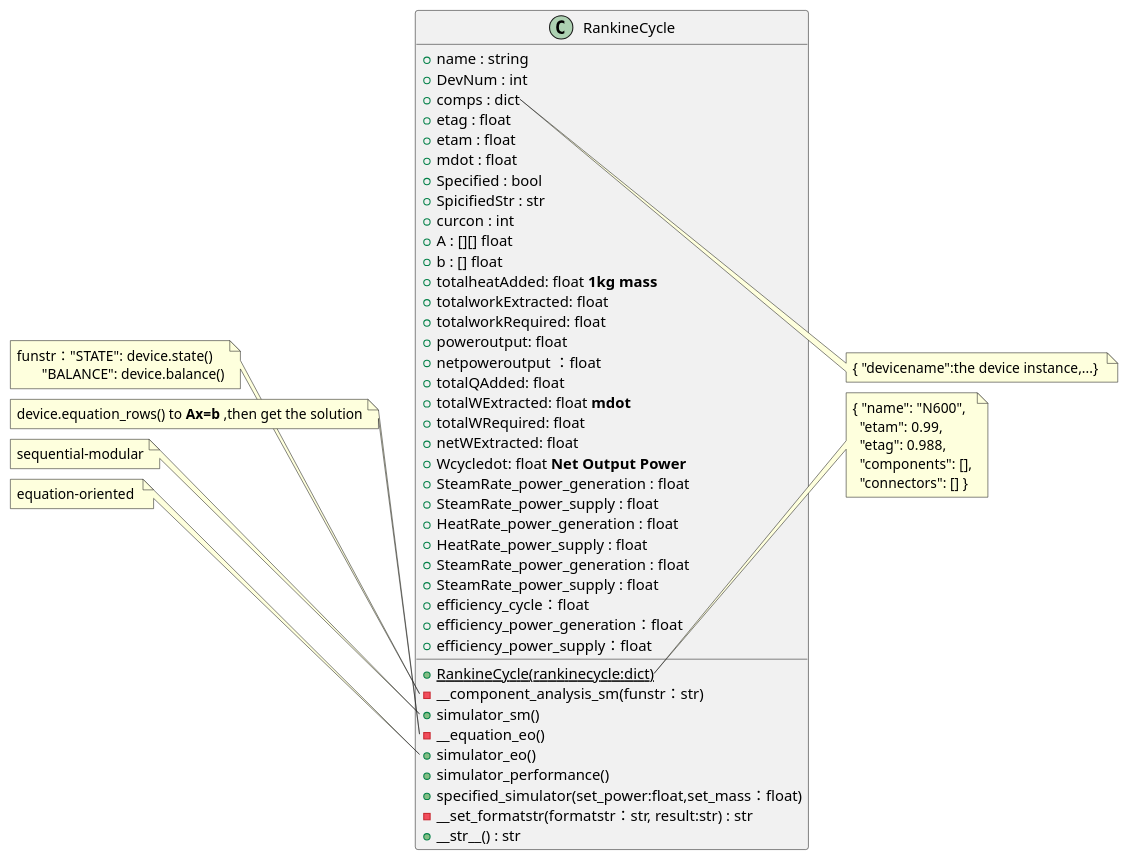
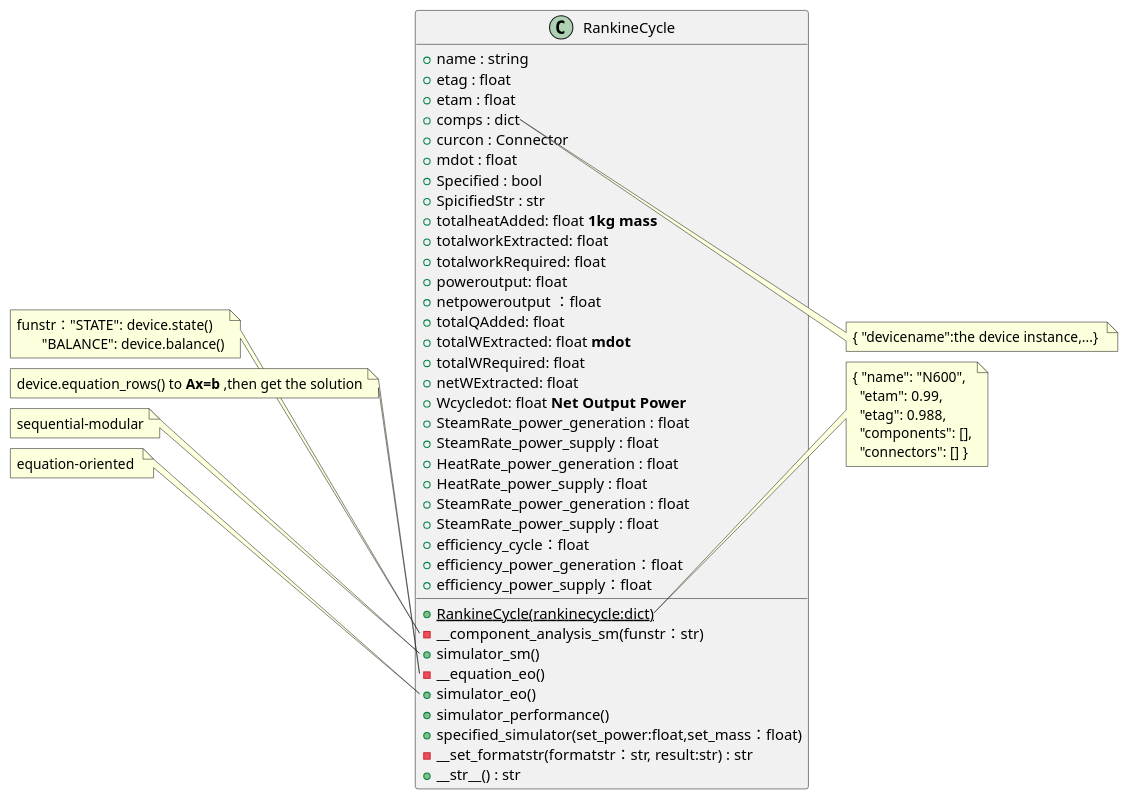
Before and after one commit to thermalogic/PyRankine: the diagram in uml/RankineCycle.puml, drawn with PlantUML. The commit also changed 1 other file, not shown here.

```diff
--- a/uml/RankineCycle.puml
+++ b/uml/RankineCycle.puml
@@ -1,66 +1,63 @@
 @startuml
 class RankineCycle{
     + name : string 
-    + DevNum : int
-    + comps : dict
     + etag : float
     + etam : float
+    + comps : dict
+    + curcon : Connector 
     + mdot : float 
     + Specified : bool
     + SpicifiedStr : str
-    + curcon : int 
-    + A : [][] float 
-    + b : [] float
     + totalheatAdded: float **1kg mass**
     + totalworkExtracted: float
     + totalworkRequired: float
     + poweroutput: float
     + netpoweroutput ：float
     + totalQAdded: float
     + totalWExtracted: float **mdot**
     + totalWRequired: float
     + netWExtracted: float
     + Wcycledot: float **Net Output Power**
     + SteamRate_power_generation : float  
     + SteamRate_power_supply : float
     + HeatRate_power_generation : float  
     + HeatRate_power_supply : float
     + SteamRate_power_generation : float  
     + SteamRate_power_supply : float
     + efficiency_cycle：float
     + efficiency_power_generation：float
     + efficiency_power_supply：float
     + {static} RankineCycle(rankinecycle:dict)
     - __component_analysis_sm(funstr：str)
     + simulator_sm()
     - __equation_eo()
     + simulator_eo()
     + simulator_performance()
     + specified_simulator(set_power:float,set_mass：float)
     - __set_formatstr(formatstr：str, result:str) : str
     +__str__() : str
 }
 note left of RankineCycle::component_analysis_sm
    funstr："STATE": device.state()
           "BALANCE": device.balance()
 end note
 note left of RankineCycle::equation_eo
    device.equation_rows() to **Ax=b** ,then get the solution
 end note
 note left of RankineCycle::simulator_sm
    sequential-modular
 end note
 note left of RankineCycle::simulator_eo
     equation-oriented 
 end note
 note right of RankineCycle::comps
   { "devicename":the device instance,...} 
 end note
 note right of RankineCycle::RankineCycle
   { "name": "N600",
     "etam": 0.99,
     "etag": 0.988,
     "components": [],
     "connectors": [] } 
 end note
 @enduml
```
